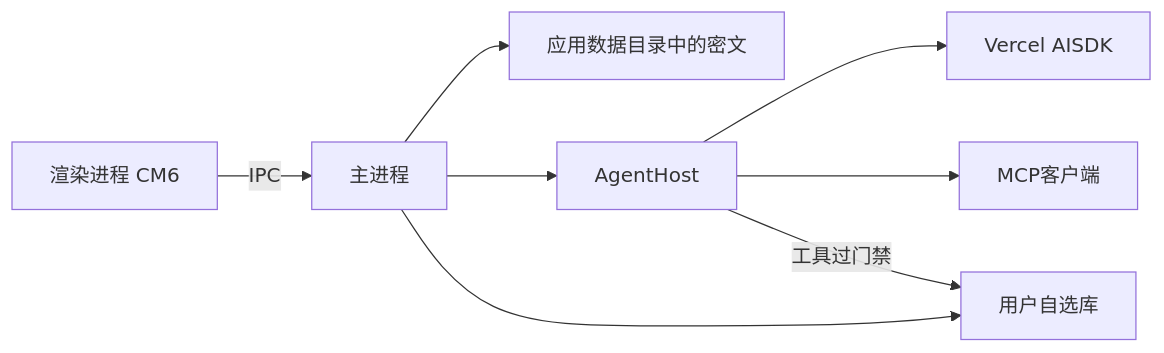
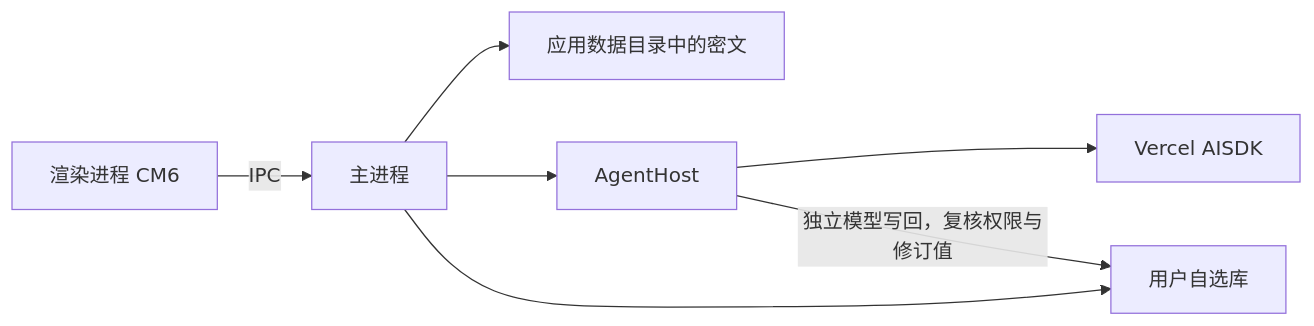
One commit to skahanium/Rgent changed the first of 2 diagrams in docs/architecture.md. Above: the diagram before and after it, drawn with Mermaid. The commit also changed other lines of this file and 1 other file, not shown here.

Commit message:
docs: calibrate September 29 delivery evidence

````diff
--- a/docs/architecture.md
+++ b/docs/architecture.md
@@ -9,18 +9,16 @@
 ```mermaid
 flowchart LR
   Renderer[渲染进程 CM6]
   Main[主进程]
   Host[AgentHost]
   SDK[Vercel AISDK]
-  MCP[MCP客户端]
   Vault[用户自选库]
   Keys[应用数据目录中的密文]
 
   Renderer -->|IPC| Main
   Main --> Keys
   Main --> Host
   Host --> SDK
-  Host --> MCP
   Main --> Vault
-  Host -->|工具过门禁| Vault
+  Host -->|独立模型写回，复核权限与修订值| Vault
 ```
````
